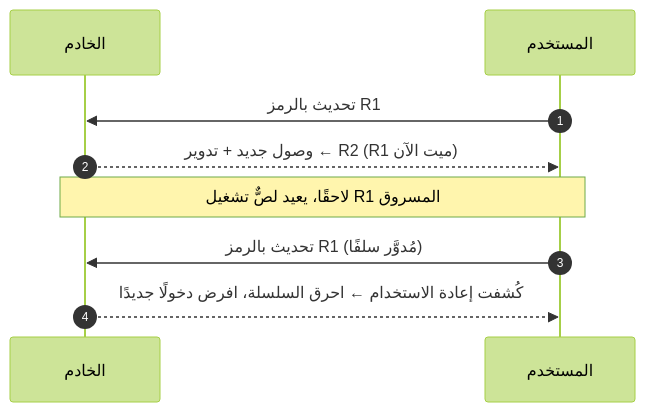
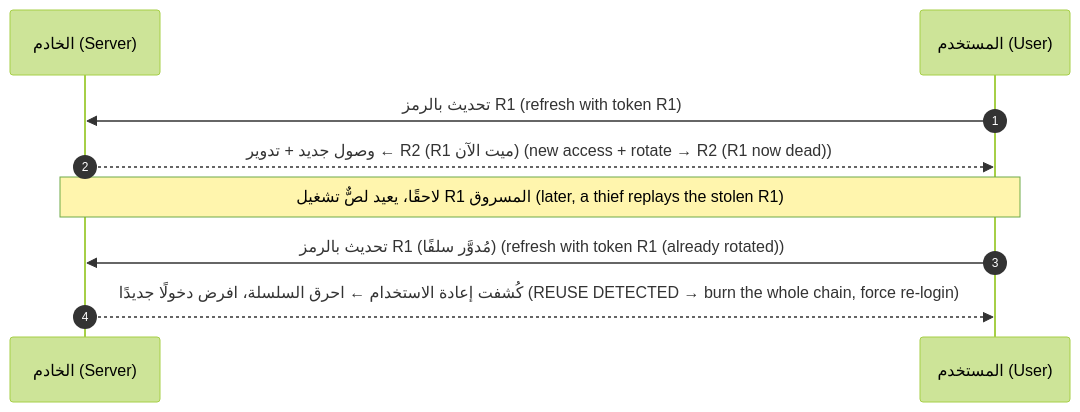
One commit to Tamoura/system-design-for-vibe-coders changed the third of 7 diagrams in modules/05-users-abuse/module.ar.md. Above: the diagram before and after it, drawn with Mermaid (forest theme). The commit also changed other lines of this file and 62 other files, not shown here.

First line of the commit message:
Arabic editions: English on every diagram label, RTL fixes, rebuild

````diff
--- a/modules/05-users-abuse/module.ar.md
+++ b/modules/05-users-abuse/module.ar.md
@@ -380,11 +380,11 @@
 ```mermaid
 sequenceDiagram
     autonumber
-    participant S as الخادم
-    participant U as المستخدم
-    U->>S: تحديث بالرمز R1
-    S-->>U: وصول جديد + تدوير ← R2 (R1 ميت الآن)
-    Note over U,S: لاحقًا، يعيد لصٌّ تشغيل R1 المسروق
-    U->>S: تحديث بالرمز R1 (مُدوَّر سلفًا)
-    S-->>U: كُشفت إعادة الاستخدام ← احرق السلسلة، افرض دخولًا جديدًا
+    participant S as الخادم (Server)
+    participant U as المستخدم (User)
+    U->>S: تحديث بالرمز R1 (refresh with token R1)
+    S-->>U: وصول جديد + تدوير ← R2 (R1 ميت الآن) (new access + rotate → R2 (R1 now dead))
+    Note over U,S: لاحقًا، يعيد لصٌّ تشغيل R1 المسروق (later, a thief replays the stolen R1)
+    U->>S: تحديث بالرمز R1 (مُدوَّر سلفًا) (refresh with token R1 (already rotated))
+    S-->>U: كُشفت إعادة الاستخدام ← احرق السلسلة، افرض دخولًا جديدًا (REUSE DETECTED → burn the whole chain, force re-login)
 ```
````
